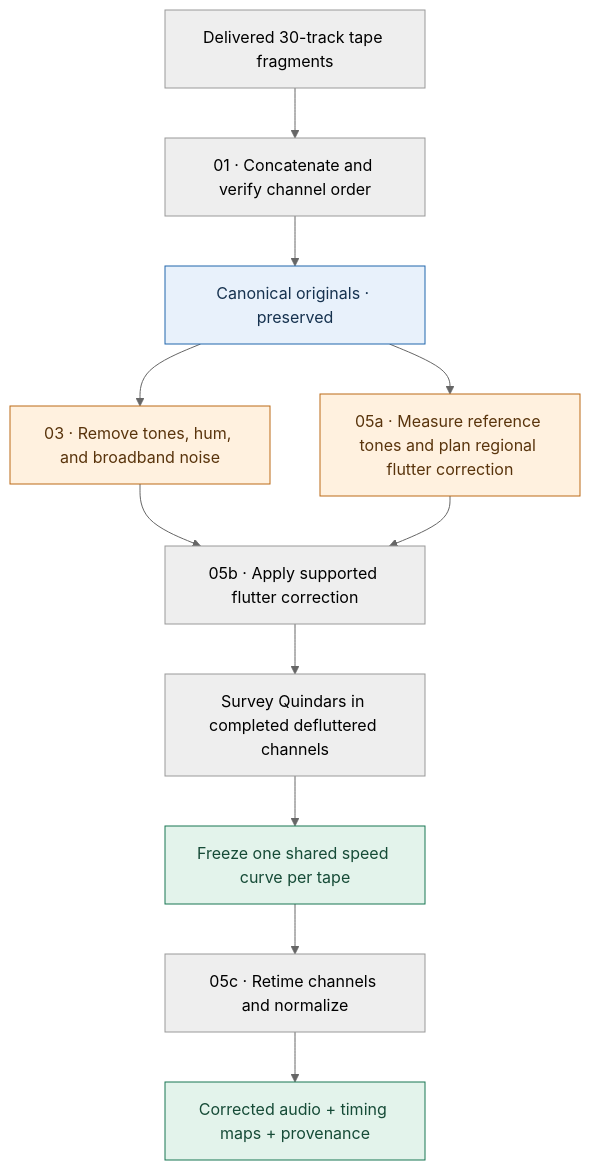
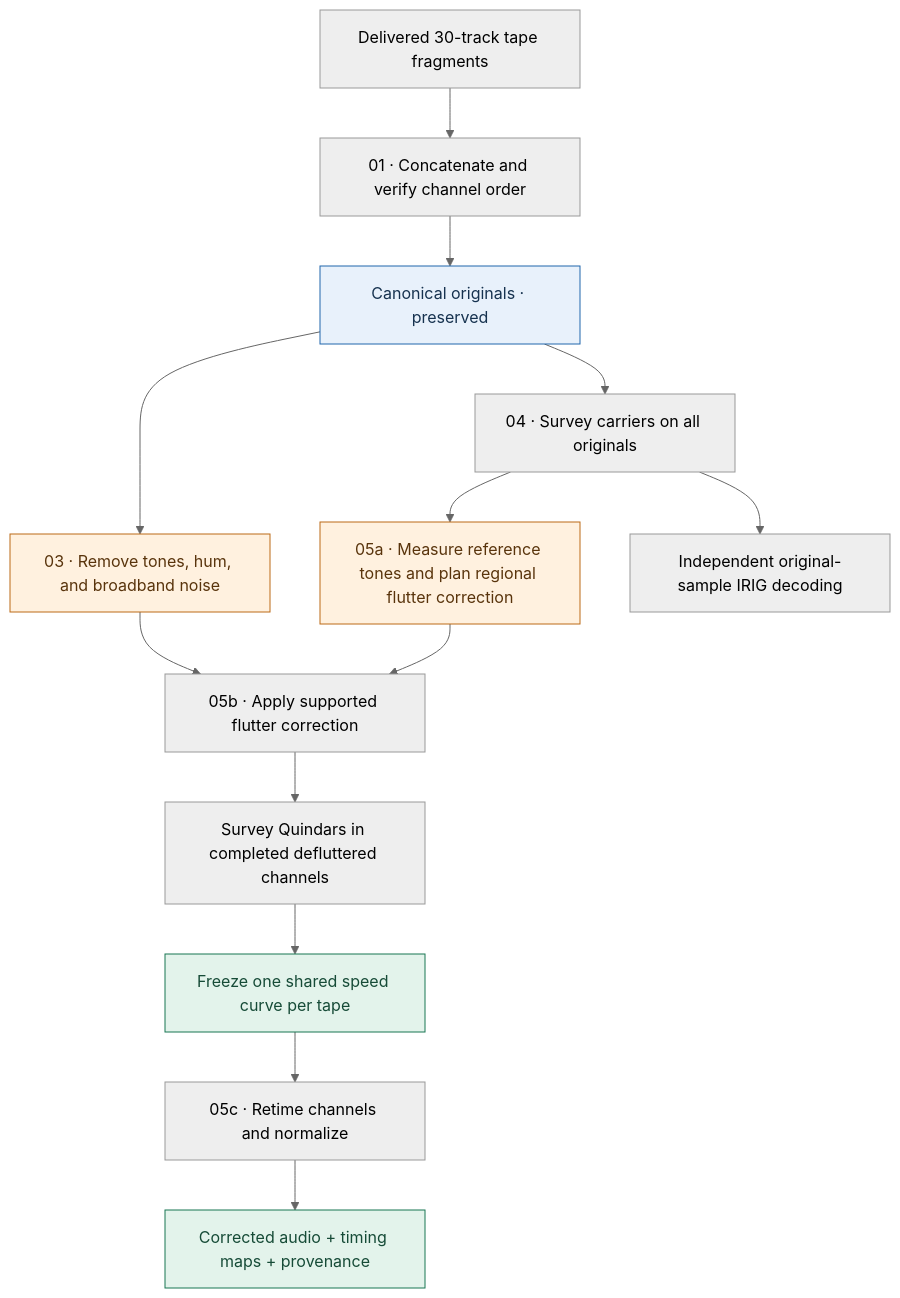
The diagram in README.md (bfeist/Apollo_15), drawn with Mermaid (neutral theme) before and after one commit. The commit also changed other lines of this file and 36 other files, not shown here.

````diff
--- a/README.md
+++ b/README.md
@@ -9,18 +15,20 @@
 ```mermaid
 flowchart TD
     A[Delivered 30-track tape fragments] --> B[01 · Concatenate and verify channel order]
     B --> C[Canonical originals · preserved]
     C --> D[03 · Remove tones, hum, and broadband noise]
-    C --> E[05a · Measure reference tones and plan regional flutter correction]
+    C --> S[04 · Survey carriers on all originals]
+    S --> E[05a · Measure reference tones and plan regional flutter correction]
+    S --> K[Independent original-sample IRIG decoding]
     D --> F[05b · Apply supported flutter correction]
     E --> F
     F --> G[Survey Quindars in completed defluttered channels]
     G --> H[Freeze one shared speed curve per tape]
     H --> I[05c · Retime channels and normalize]
     I --> J[Corrected audio + timing maps + provenance]
     style C fill:#e8f1fb,stroke:#2166ac,color:#16324f
     style D fill:#fff1df,stroke:#bc6a16,color:#59340c
     style E fill:#fff1df,stroke:#bc6a16,color:#59340c
     style H fill:#e3f3eb,stroke:#187653,color:#164b37
     style J fill:#e3f3eb,stroke:#187653,color:#164b37
 ```
````
